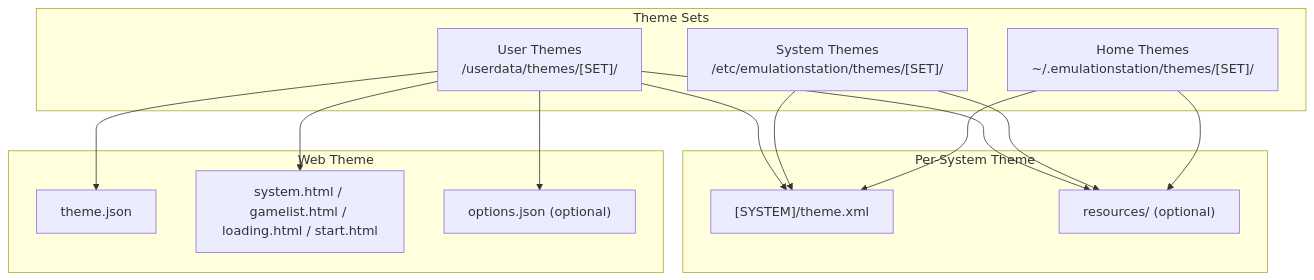
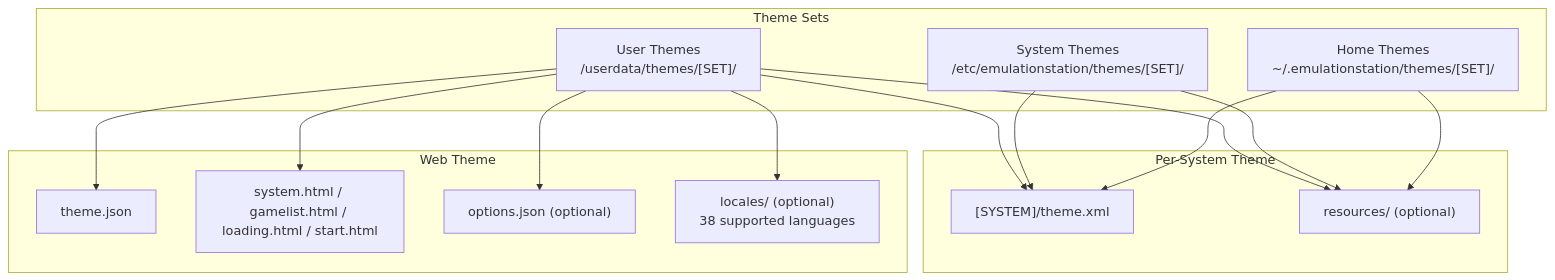
One commit to marcoriesco/RIESCADE_SYSTEM changed the first of 8 diagrams in .qoder/repowiki/en/content/Visual Customization/Theme Management.md. Above: the diagram before and after it, drawn with Mermaid. The commit also changed other lines of this file and 10 other files, not shown here.

````diff
--- a/.qoder/repowiki/en/content/Visual Customization/Theme Management.md
+++ b/.qoder/repowiki/en/content/Visual Customization/Theme Management.md
@@ -32,26 +46,28 @@
 ```mermaid
 graph TB
 subgraph "Theme Sets"
 TS1["User Themes<br/>/userdata/themes/[SET]/"]
 TS2["System Themes<br/>/etc/emulationstation/themes/[SET]/"]
 TS3["Home Themes<br/>~/.emulationstation/themes/[SET]/"]
 end
 subgraph "Per-System Theme"
 SYS["[SYSTEM]/theme.xml"]
 RES["resources/ (optional)"]
 end
 subgraph "Web Theme"
 WCFG["theme.json"]
 WHTML["system.html / gamelist.html / loading.html / start.html"]
 WOPT["options.json (optional)"]
+WLOC["locales/ (optional)<br/>38 supported languages"]
 end
 TS1 --> SYS
 TS2 --> SYS
 TS3 --> SYS
 TS1 --> RES
 TS2 --> RES
 TS3 --> RES
 TS1 --> WCFG
 TS1 --> WHTML
 TS1 --> WOPT
+TS1 --> WLOC
 ```
````
